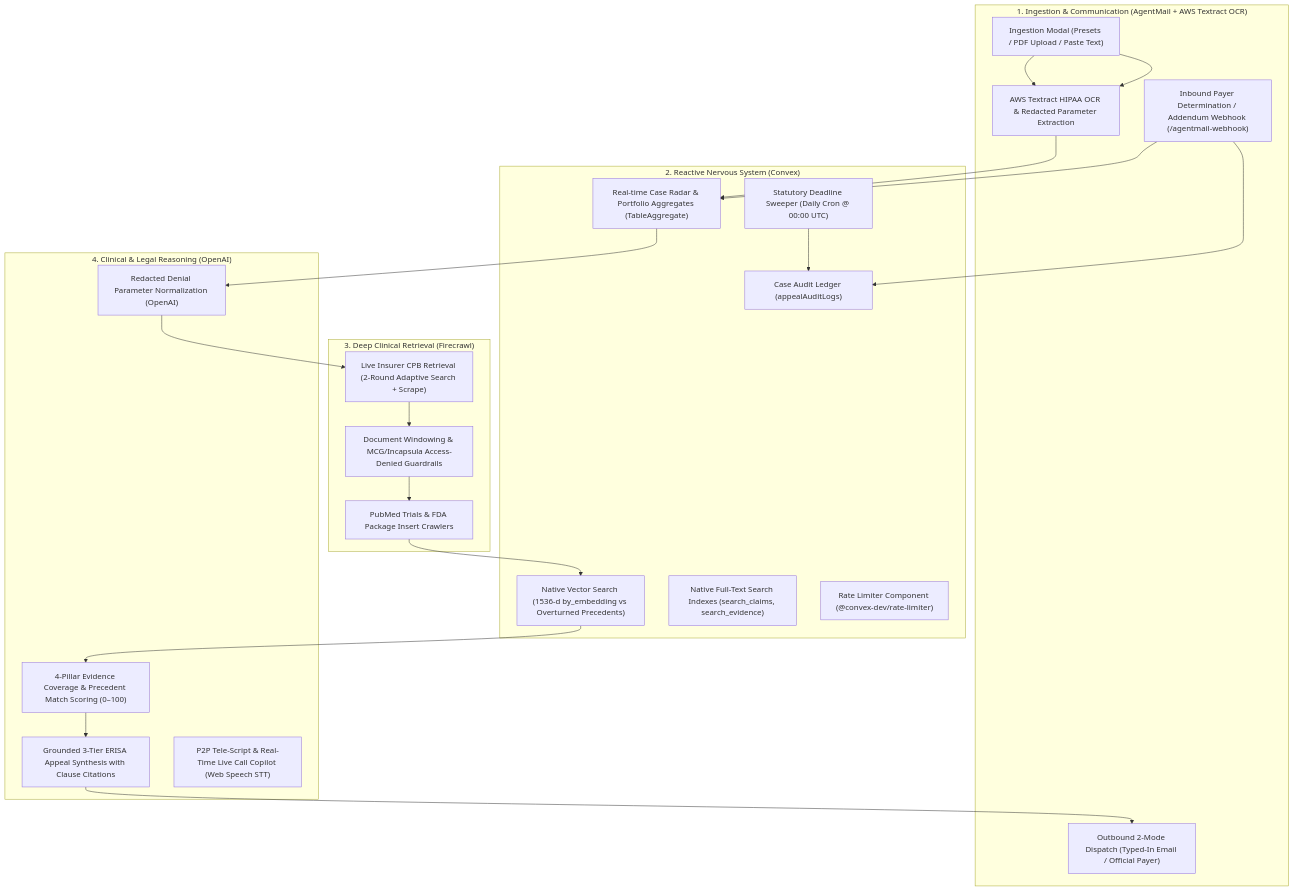
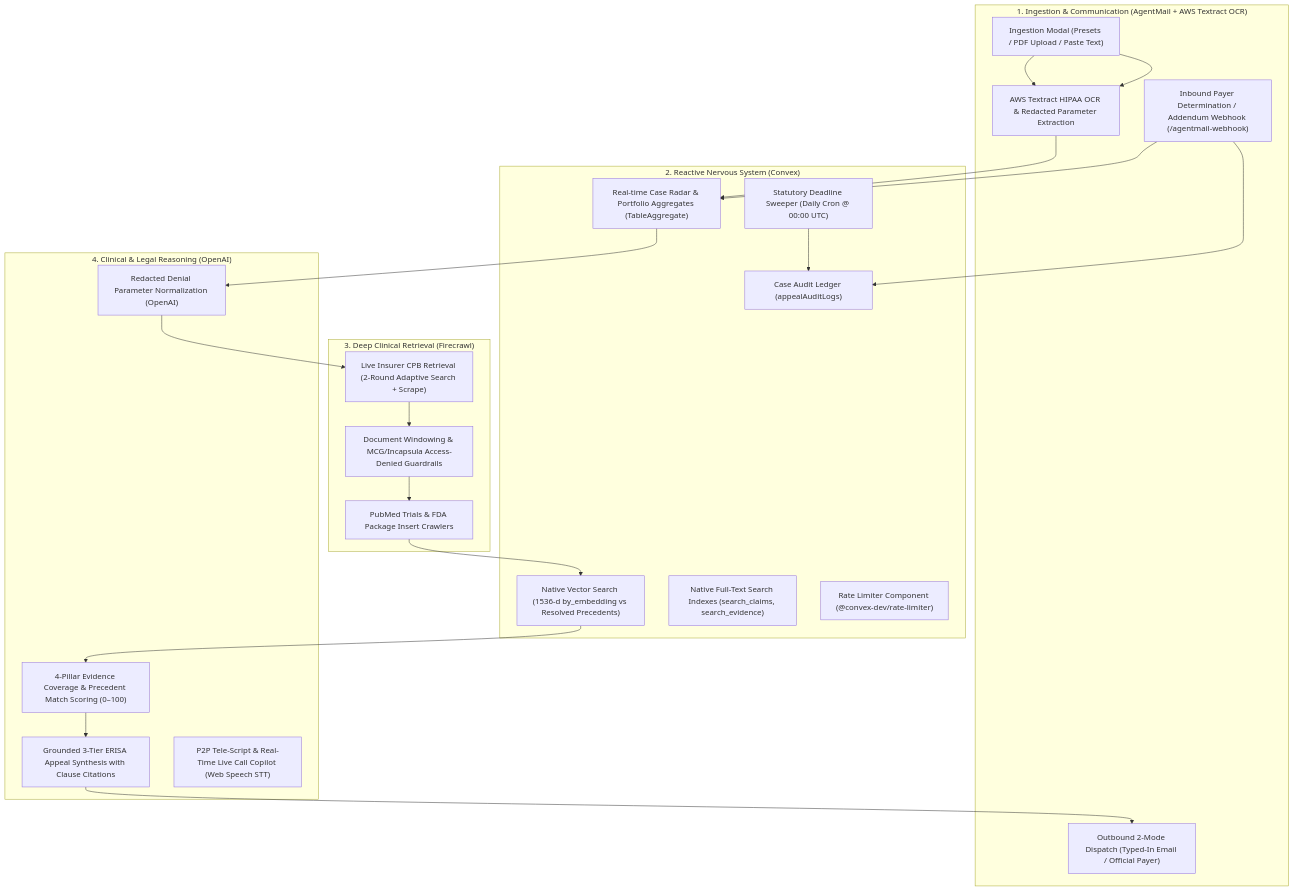
One commit to zaikaman/ClaimHero changed the diagram in IDEA.md. Above: the diagram before and after it, drawn with Mermaid. The commit also changed other lines of this file and 52 other files, not shown here.

````diff
--- a/IDEA.md
+++ b/IDEA.md
@@ -23,44 +23,44 @@
 ```mermaid
 flowchart TD
     subgraph Intake ["1. Ingestion & Communication (AgentMail + AWS Textract OCR)"]
         A1["Ingestion Modal (Presets / PDF Upload / Paste Text)"] --> A2["AWS Textract HIPAA OCR & Redacted Parameter Extraction"]
         A3["Outbound 2-Mode Dispatch (Typed-In Email / Official Payer)"]
         A4["Inbound Payer Determination / Addendum Webhook (/agentmail-webhook)"]
     end
 
     subgraph Brain ["2. Reactive Nervous System (Convex)"]
         C1["Real-time Case Radar & Portfolio Aggregates (TableAggregate)"]
-        C2["Native Vector Search (1536-d by_embedding vs Overturned Precedents)"]
+        C2["Native Vector Search (1536-d by_embedding vs Resolved Precedents)"]
         C3["Native Full-Text Search Indexes (search_claims, search_evidence)"]
         C4["Statutory Deadline Sweeper (Daily Cron @ 00:00 UTC)"]
         C5["Rate Limiter Component (@convex-dev/rate-limiter)"]
         C6["Case Audit Ledger (appealAuditLogs)"]
     end
 
     subgraph Senses ["3. Deep Clinical Retrieval (Firecrawl)"]
         F1["Live Insurer CPB Retrieval (2-Round Adaptive Search + Scrape)"]
         F2["Document Windowing & MCG/Incapsula Access-Denied Guardrails"]
         F3["PubMed Trials & FDA Package Insert Crawlers"]
     end
 
     subgraph Intelligence ["4. Clinical & Legal Reasoning (OpenAI)"]
         O1["Redacted Denial Parameter Normalization (OpenAI)"]
         O2["4-Pillar Evidence Coverage & Precedent Match Scoring (0–100)"]
         O3["Grounded 3-Tier ERISA Appeal Synthesis with Clause Citations"]
         O4["P2P Tele-Script & Real-Time Live Call Copilot (Web Speech STT)"]
     end
 
     A1 --> A2
     A2 --> C1
     C1 --> O1
     O1 --> F1
     F1 --> F2
     F2 --> F3
     F3 --> C2
     C2 --> O2
     O2 --> O3
     O3 --> A3
     C4 --> C6
     A4 --> C1
     A4 --> C6
 ```
````
